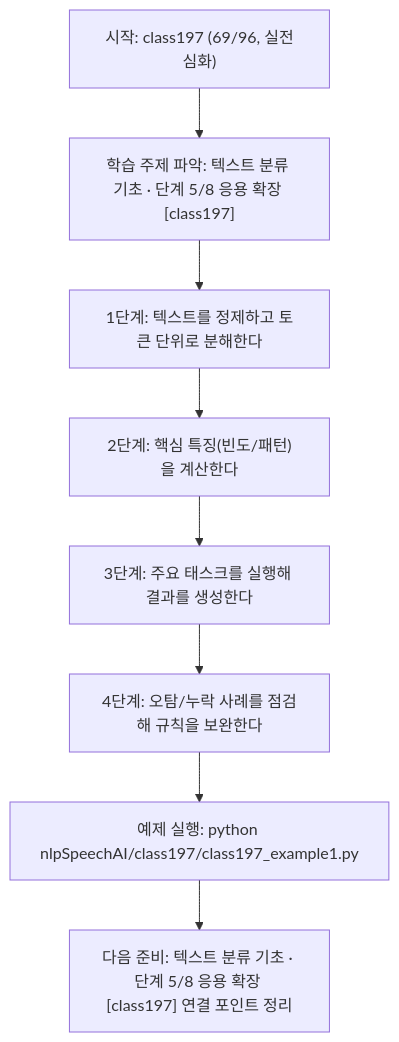
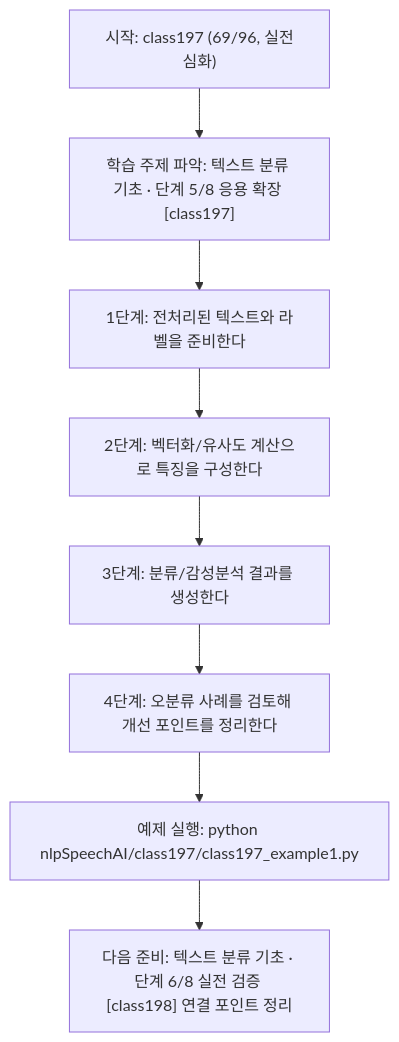
The diagram in nlpSpeechAI/class197/class197.md (edumgt/Python-AI_Agent-Class), drawn with Mermaid before and after one commit. The commit also changed other lines of this file and 1122 other files, not shown here.

````diff
--- a/nlpSpeechAI/class197/class197.md
+++ b/nlpSpeechAI/class197/class197.md
@@ -114,18 +95,18 @@
 ```mermaid
 flowchart TD
 N1["시작: class197 (69/96, 실전심화)"]
 N2["학습 주제 파악: 텍스트 분류 기초 · 단계 5/8 응용 확장 [class197]"]
-N3["1단계: 텍스트를 정제하고 토큰 단위로 분해한다"]
-N4["2단계: 핵심 특징(빈도/패턴)을 계산한다"]
-N5["3단계: 주요 태스크를 실행해 결과를 생성한다"]
-N6["4단계: 오탐/누락 사례를 점검해 규칙을 보완한다"]
+N3["1단계: 전처리된 텍스트와 라벨을 준비한다"]
+N4["2단계: 벡터화/유사도 계산으로 특징을 구성한다"]
+N5["3단계: 분류/감성분석 결과를 생성한다"]
+N6["4단계: 오분류 사례를 검토해 개선 포인트를 정리한다"]
 N7["예제 실행: python nlpSpeechAI/class197/class197_example1.py"]
-N8["다음 준비: 텍스트 분류 기초 · 단계 5/8 응용 확장 [class197] 연결 포인트 정리"]
+N8["다음 준비: 텍스트 분류 기초 · 단계 6/8 실전 검증 [class198] 연결 포인트 정리"]
 N1 --> N2
 N2 --> N3
 N3 --> N4
 N4 --> N5
 N5 --> N6
 N6 --> N7
 N7 --> N8
 ```
````
